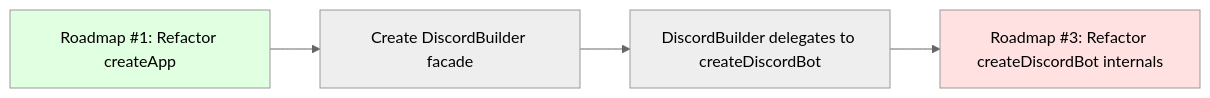
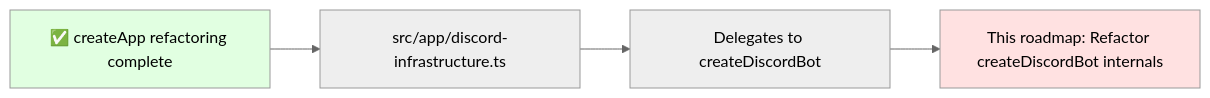
Before and after one commit to hughescr/isambard: the diagram in roadmaps/refactor-discord-bot-internals.md, drawn with Mermaid (neutral theme). The commit also changed other lines of this file and 21 other files, not shown here.

First line of the commit message:
Decompose createApp() god object into focused factory functions

````diff
--- a/roadmaps/refactor-discord-bot-internals.md
+++ b/roadmaps/refactor-discord-bot-internals.md
@@ -51,9 +50,9 @@
 ```mermaid
 graph LR
-    A[Roadmap #1: Refactor createApp] --> B[Create DiscordBuilder facade]
-    B --> C[DiscordBuilder delegates to createDiscordBot]
-    C --> D[Roadmap #3: Refactor createDiscordBot internals]
+    A[✅ createApp refactoring complete] --> B[src/app/discord-infrastructure.ts]
+    B --> C[Delegates to createDiscordBot]
+    C --> D[This roadmap: Refactor createDiscordBot internals]
 
     style A fill:#e1ffe1
     style D fill:#ffe1e1
 ```
````
